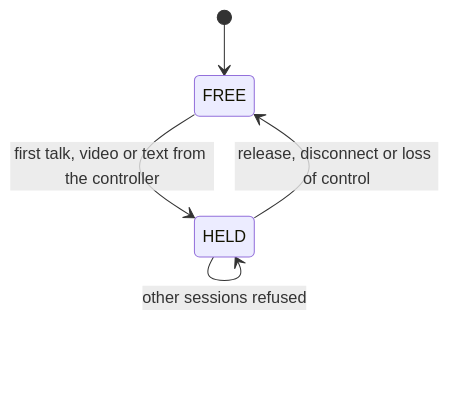
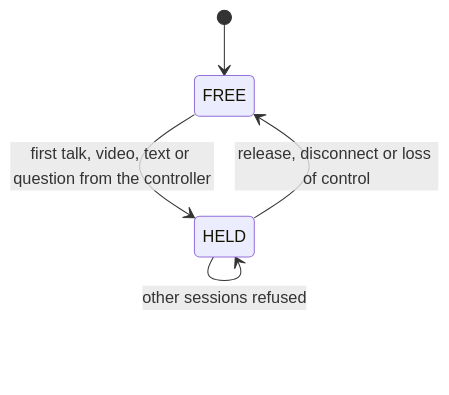
Diagram 19 of 20 in research paper/RESEARCH PAPER.md (baiust999/robort-code-from-pi), drawn with Mermaid before and after one commit. The commit also changed other lines of this file and 13 other files, not shown here.

````diff
--- a/research paper/RESEARCH PAPER.md
+++ b/research paper/RESEARCH PAPER.md
@@ -868,7 +872,7 @@
 ```mermaid
 stateDiagram-v2
   [*] --> FREE
-  FREE --> HELD: first talk, video or text from the controller
+  FREE --> HELD: first talk, video, text or question from the controller
   HELD --> FREE: release, disconnect or loss of control
   HELD --> HELD: other sessions refused
 ```
````
